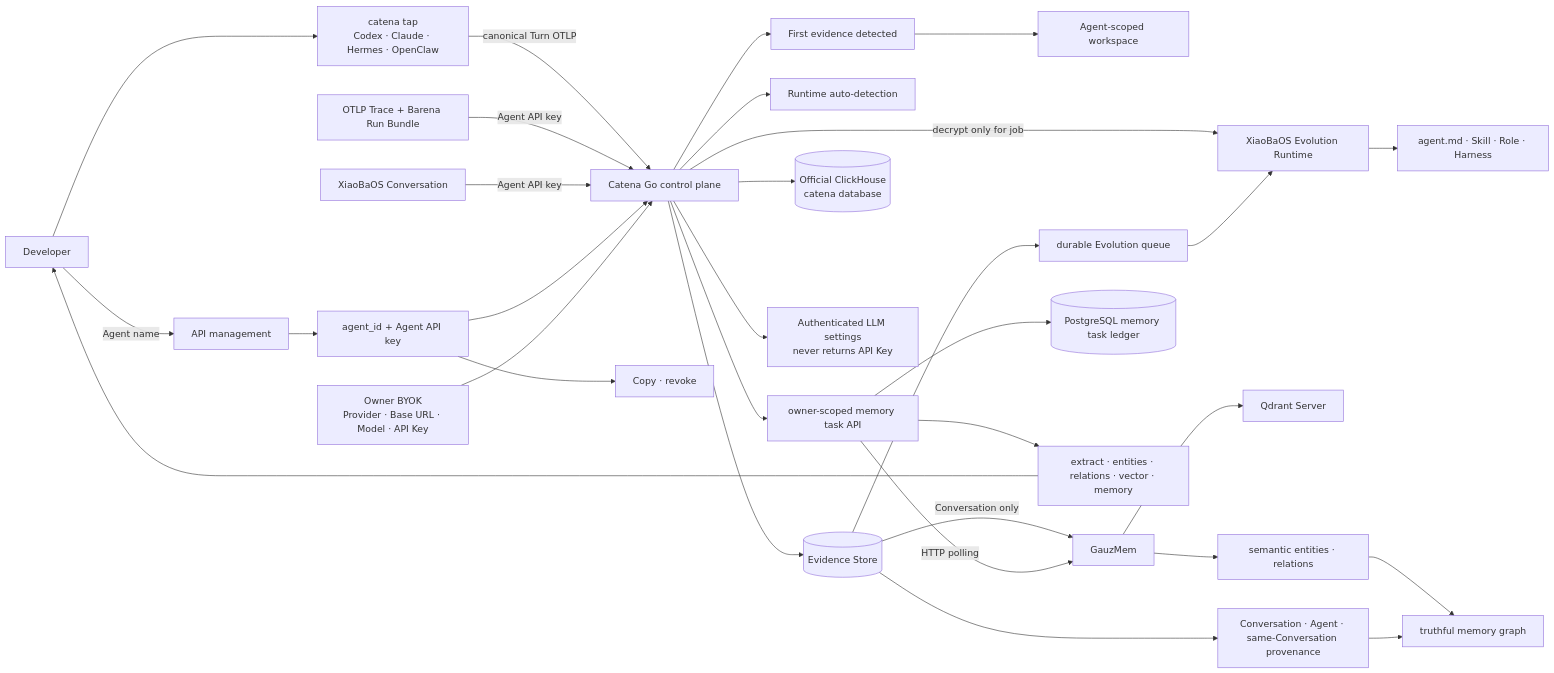
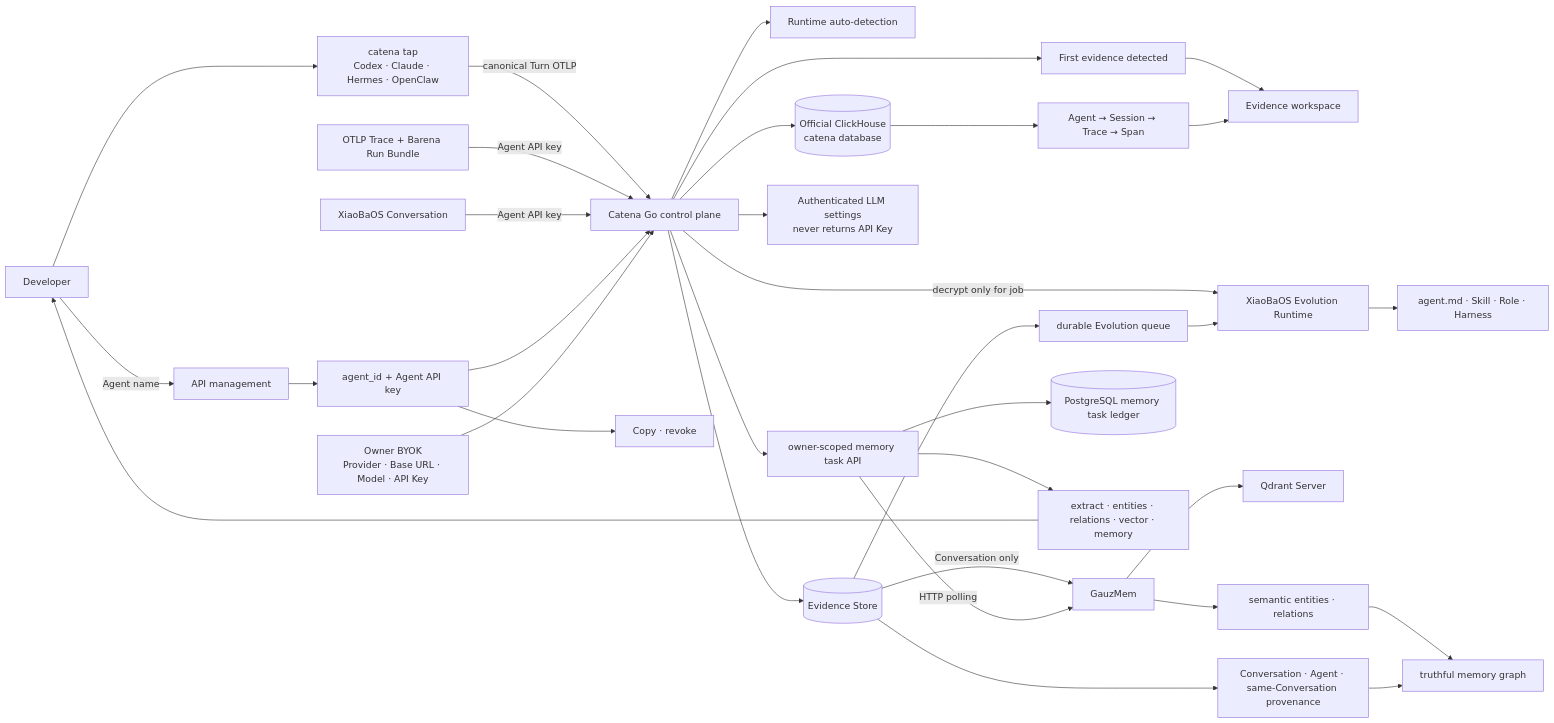
Before and after one commit to fightheyyy/CATENA: the second of 2 diagrams in SPEC.md, drawn with Mermaid. The commit also changed other lines of this file and 32 other files, not shown here.

Commit message:
feat: navigate traces by session hierarchy

````diff
--- a/SPEC.md
+++ b/SPEC.md
@@ -68,33 +70,35 @@
 ```mermaid
 flowchart LR
     Developer --> Tap["catena tap<br/>Codex · Claude · Hermes · OpenClaw"]
     Tap -->|"canonical Turn OTLP"| Core
     Developer["Developer"] -->|"Agent name"| Keys["API management"]
     Keys --> Binding["agent_id + Agent API key"]
     Binding --> Manage["Copy · revoke"]
     Trace["OTLP Trace + Barena Run Bundle"] -->|"Agent API key"| Core["Catena Go control plane"]
     Conversation["XiaoBaOS Conversation"] -->|"Agent API key"| Core
     Binding --> Core
     Core --> Status["First evidence detected"]
     Status --> Workspace["Agent-scoped workspace"]
     Core --> Detect["Runtime auto-detection"]
     Core --> Evidence[("Evidence Store")]
     Evidence --> Queue["durable Evolution queue"]
     Core --> CH[("Official ClickHouse<br/>catena database")]
+    CH --> Hierarchy["Agent → Session → Trace → Span"]
+    Hierarchy --> Workspace["Evidence workspace"]
     Owner["Owner BYOK<br/>Provider · Base URL · Model · API Key"] --> Core
     Core -->|"decrypt only for job"| Runtime
     Queue --> Runtime["XiaoBaOS Evolution Runtime"]
     Runtime --> Assets["agent.md · Skill · Role · Harness"]
     Core --> ModelStatus["Authenticated LLM settings<br/>never returns API Key"]
     Evidence -->|"Conversation only"| GauzMem["GauzMem"]
     Core --> TaskAPI["owner-scoped memory task API"]
     TaskAPI --> MemoryLedger[("PostgreSQL memory task ledger")]
     TaskAPI -->|"HTTP polling"| GauzMem
     GauzMem --> Qdrant["Qdrant Server"]
     TaskAPI --> Progress["extract · entities · relations · vector · memory"]
     Progress --> Developer
     GauzMem --> Semantic["semantic entities · relations"]
     Evidence --> Provenance["Conversation · Agent · same-Conversation provenance"]
     Semantic --> Memory["truthful memory graph"]
     Provenance --> Memory
 ```
````
